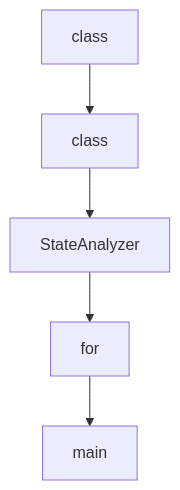
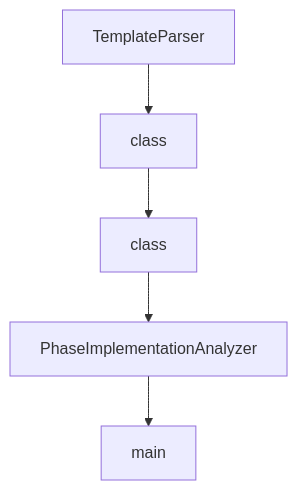
One commit to johnxie/awesome-code-docs changed the diagram in tutorials/vibesdk-tutorial/06-api-sdk-and-integrations.md. Above: the diagram before and after it, drawn with Mermaid. The commit also changed other lines of this file and 1232 other files, not shown here.

````diff
--- a/tutorials/vibesdk-tutorial/06-api-sdk-and-integrations.md
+++ b/tutorials/vibesdk-tutorial/06-api-sdk-and-integrations.md
@@ -266,12 +264,12 @@
 ```mermaid
 flowchart TD
-    A[class]
+    A[TemplateParser]
     B[class]
-    C[StateAnalyzer]
-    D[for]
+    C[class]
+    D[PhaseImplementationAnalyzer]
     E[main]
     A --> B
     B --> C
     C --> D
     D --> E
 ```
````
